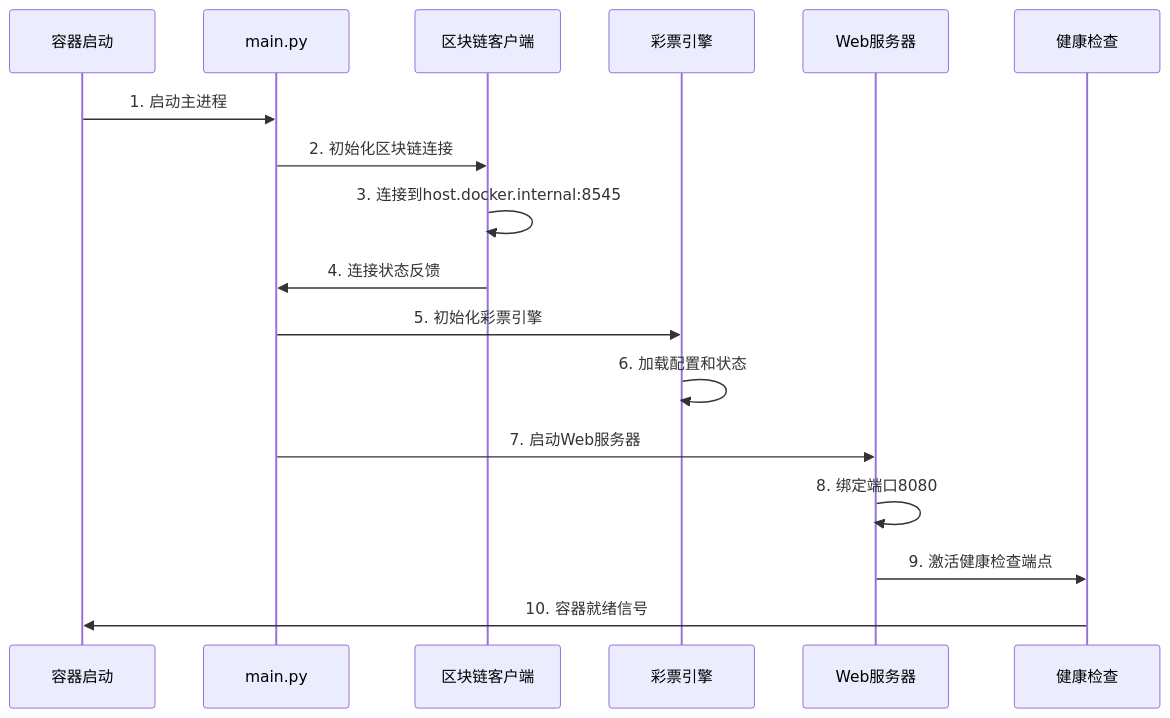
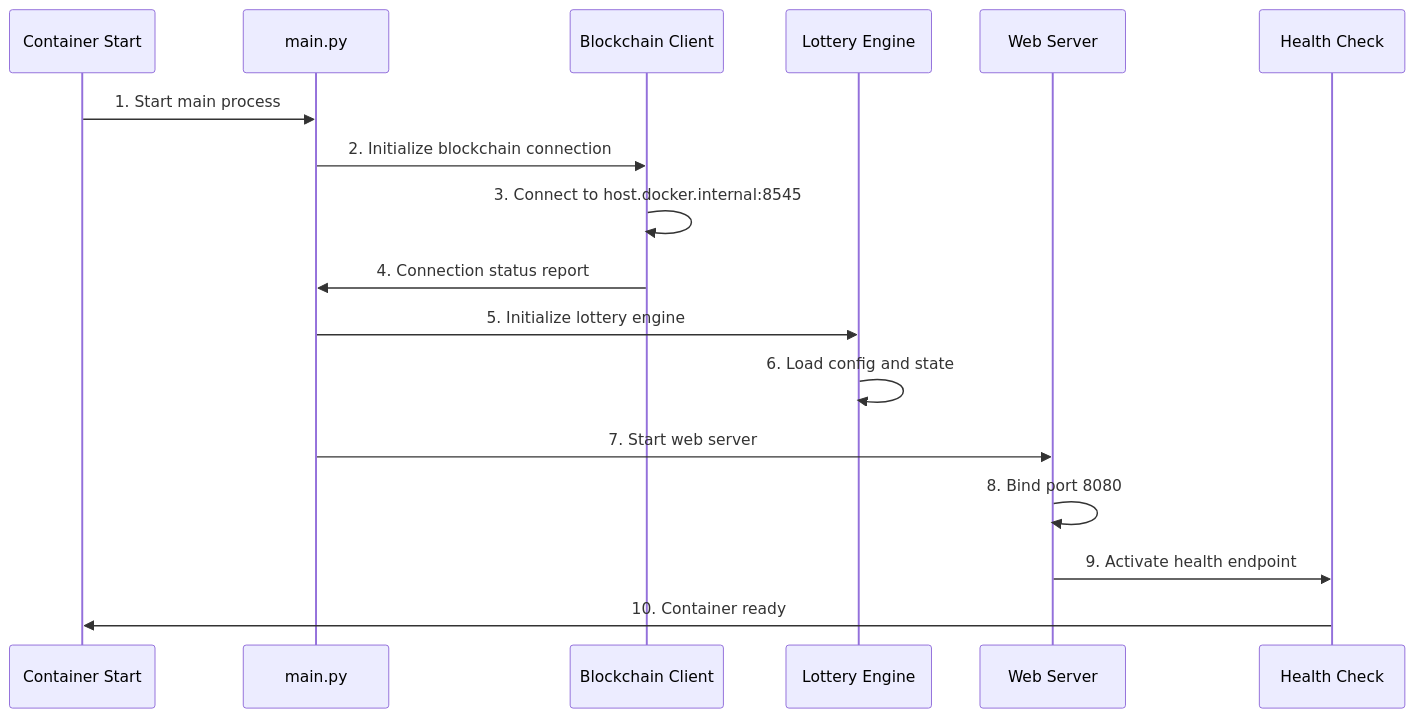
Before and after one commit to zfdang/enclave-lottery-app: the diagram in docs/DOCKER_ARCHITECTURE.md, drawn with Mermaid. The commit also changed other lines of this file, not shown here.

Commit message:
docs: translate DOCKER_ARCHITECTURE.md to English

````diff
--- a/docs/DOCKER_ARCHITECTURE.md
+++ b/docs/DOCKER_ARCHITECTURE.md
@@ -133,20 +133,20 @@
 ```mermaid
 sequenceDiagram
-    participant Container as 容器启动
+    participant Container as Container Start
     participant Main as main.py
-    participant Blockchain as 区块链客户端
-    participant Lottery as 彩票引擎
-    participant WebServer as Web服务器
-    participant HealthCheck as 健康检查
+    participant Blockchain as Blockchain Client
+    participant Lottery as Lottery Engine
+    participant WebServer as Web Server
+    participant HealthCheck as Health Check
 
-    Container->>Main: 1. 启动主进程
-    Main->>Blockchain: 2. 初始化区块链连接
-    Blockchain->>Blockchain: 3. 连接到host.docker.internal:8545
-    Blockchain->>Main: 4. 连接状态反馈
-    Main->>Lottery: 5. 初始化彩票引擎
-    Lottery->>Lottery: 6. 加载配置和状态
-    Main->>WebServer: 7. 启动Web服务器
-    WebServer->>WebServer: 8. 绑定端口8080
-    WebServer->>HealthCheck: 9. 激活健康检查端点
-    HealthCheck->>Container: 10. 容器就绪信号
+    Container->>Main: 1. Start main process
+    Main->>Blockchain: 2. Initialize blockchain connection
+    Blockchain->>Blockchain: 3. Connect to host.docker.internal:8545
+    Blockchain->>Main: 4. Connection status report
+    Main->>Lottery: 5. Initialize lottery engine
+    Lottery->>Lottery: 6. Load config and state
+    Main->>WebServer: 7. Start web server
+    WebServer->>WebServer: 8. Bind port 8080
+    WebServer->>HealthCheck: 9. Activate health endpoint
+    HealthCheck->>Container: 10. Container ready
 ```
````
